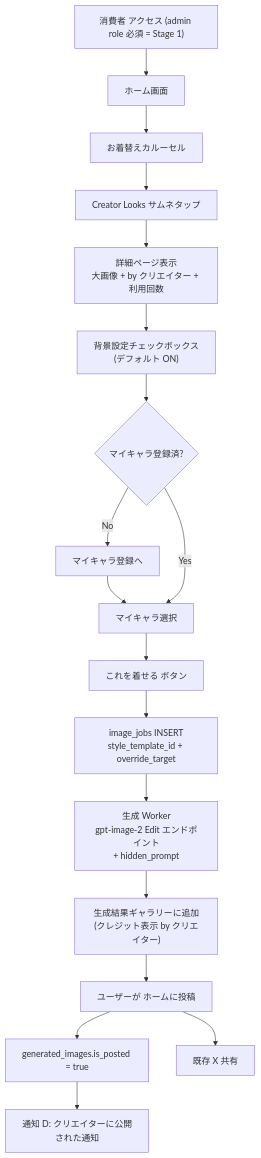
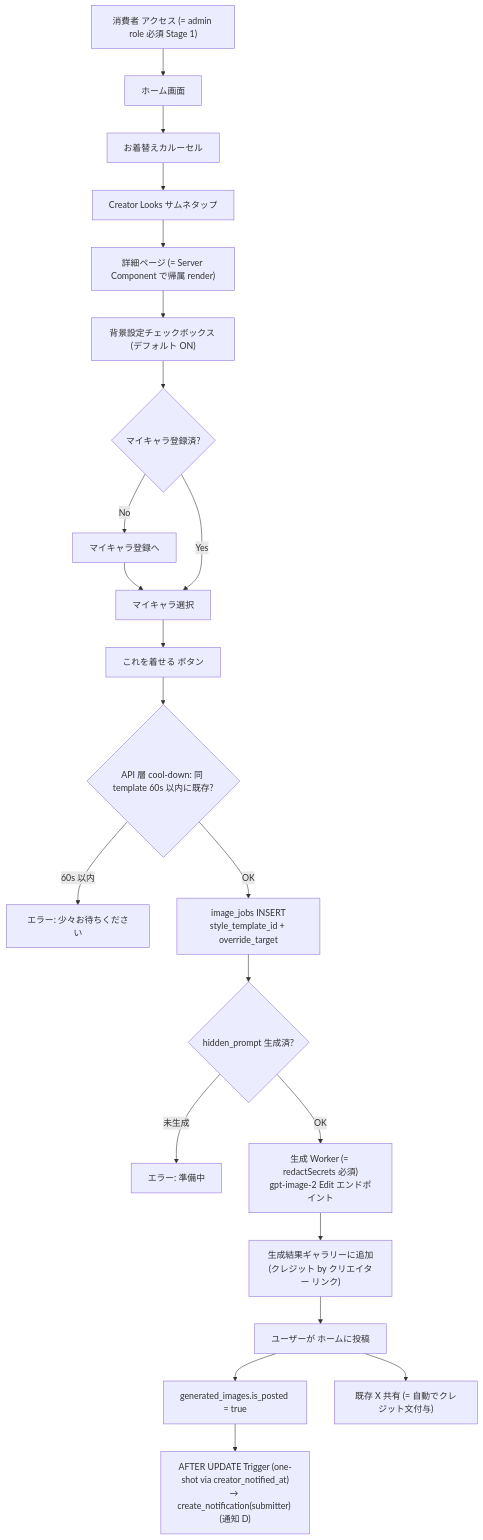
One commit to 3balljugglerYu/ai_coordinate changed the third of 5 diagrams in docs/planning/creator-looks-implementation-plan.md. Above: the diagram before and after it, drawn with Mermaid. The commit also changed other lines of this file, not shown here.

First line of the commit message:
docs(creator-looks): 計画書を v2 に更新 (Supabase / Next.js / Security レビュー反映)

````diff
--- a/docs/planning/creator-looks-implementation-plan.md
+++ b/docs/planning/creator-looks-implementation-plan.md
@@ -167,28 +219,36 @@
 ```mermaid
 flowchart TD
-    Visit["消費者 アクセス (admin role 必須 = Stage 1)"]
+    Visit["消費者 アクセス (= admin role 必須 Stage 1)"]
     Home["ホーム画面"]
     Browse["お着替えカルーセル"]
     Pick["Creator Looks サムネタップ"]
-    Detail["詳細ページ表示<br/>大画像 + by クリエイター + 利用回数"]
-    BgToggle["背景設定チェックボックス<br/>(デフォルト ON)"]
+    Detail["詳細ページ (= Server Component で帰属 render)"]
+    BgToggle["背景設定チェックボックス (デフォルト ON)"]
     MyChar{マイキャラ登録済?}
     Register["マイキャラ登録へ"]
     Select["マイキャラ選択"]
     Try["これを着せる ボタン"]
+    Cooldown{API 層 cool-down: 同 template 60s 以内に既存?}
+    RejectCool["エラー: 少々お待ちください"]
     GenJob["image_jobs INSERT<br/>style_template_id + override_target"]
-    Generate["生成 Worker<br/>gpt-image-2 Edit エンドポイント<br/>+ hidden_prompt"]
-    Gallery["生成結果ギャラリーに追加<br/>(クレジット表示 by クリエイター)"]
+    SecretCheck{hidden_prompt 生成済?}
+    NotReady["エラー: 準備中"]
+    Generate["生成 Worker (= redactSecrets 必須)<br/>gpt-image-2 Edit エンドポイント"]
+    Gallery["生成結果ギャラリーに追加<br/>(クレジット by クリエイター リンク)"]
     PostHome["ユーザーが ホームに投稿"]
     PostFlag["generated_images.is_posted = true"]
-    NotifyD["通知 D: クリエイターに公開された通知"]
-    XShare["既存 X 共有"]
+    TrigD["AFTER UPDATE Trigger (one-shot via creator_notified_at)<br/>→ create_notification(submitter) (通知 D)"]
+    XShare["既存 X 共有 (= 自動でクレジット文付与)"]
 
     Visit --> Home --> Browse --> Pick --> Detail
     Detail --> BgToggle --> MyChar
     MyChar -- No --> Register --> Select
     MyChar -- Yes --> Select
-    Select --> Try --> GenJob --> Generate --> Gallery
-    Gallery --> PostHome --> PostFlag --> NotifyD
+    Select --> Try --> Cooldown
+    Cooldown -- 60s 以内 --> RejectCool
+    Cooldown -- OK --> GenJob --> SecretCheck
+    SecretCheck -- 未生成 --> NotReady
+    SecretCheck -- OK --> Generate --> Gallery
+    Gallery --> PostHome --> PostFlag --> TrigD
     PostHome --> XShare
 ```
````
